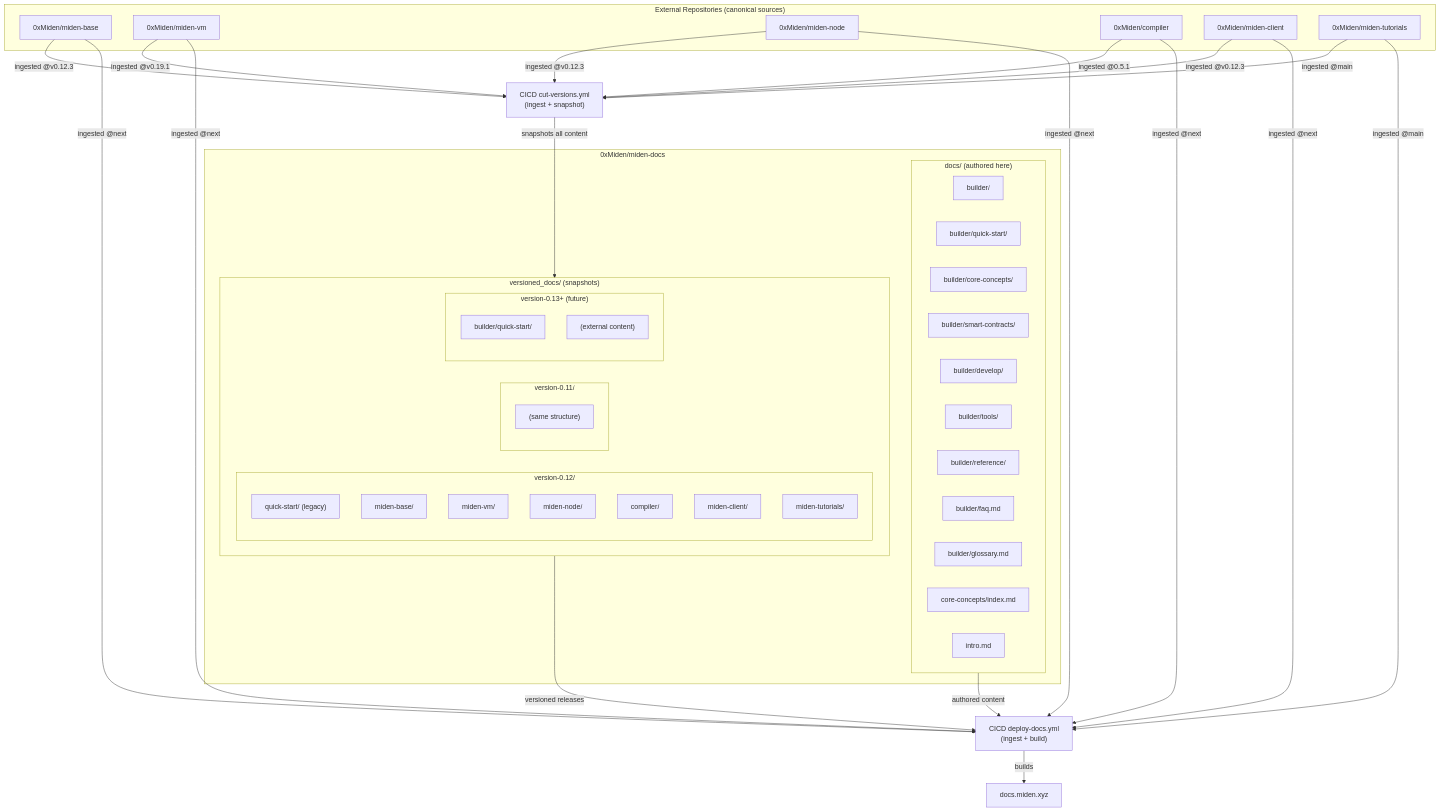
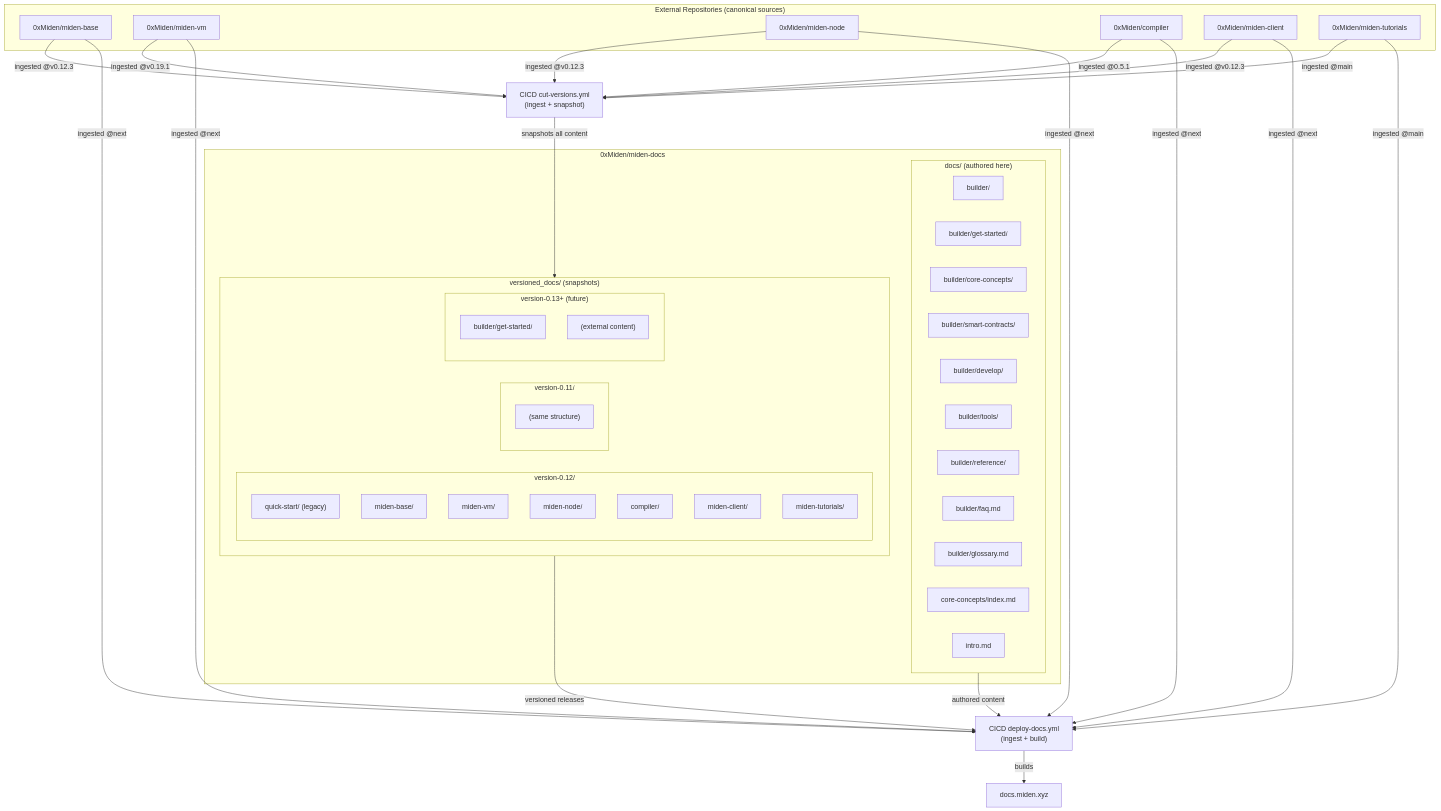
Before and after one commit to 0xMiden/miden-docs: the diagram in README.md, drawn with Mermaid. The commit also changed other lines of this file and 44 other files, not shown here.

Commit message:
docs: rename quick-start to get-started

````diff
--- a/README.md
+++ b/README.md
@@ -13,72 +13,72 @@
 ```mermaid
 flowchart TD
     subgraph ThisRepo["0xMiden/miden-docs"]
         subgraph DocsDir["docs/ (authored here)"]
             BuilderDir["builder/"]
-            BuilderQS["builder/quick-start/"]
+            BuilderQS["builder/get-started/"]
             BuilderCore["builder/core-concepts/"]
             BuilderSC["builder/smart-contracts/"]
             BuilderDev["builder/develop/"]
             BuilderTools["builder/tools/"]
             BuilderRef["builder/reference/"]
             BuilderFAQ["builder/faq.md"]
             BuilderGlossary["builder/glossary.md"]
             DesignLanding["core-concepts/index.md"]
             Intro["intro.md"]
         end
 
         subgraph VersionedDocs["versioned_docs/ (snapshots)"]
             subgraph V012["version-0.12/"]
                 V012QS["quick-start/ (legacy)"]
                 V012Base["miden-base/"]
                 V012VM["miden-vm/"]
                 V012Node["miden-node/"]
                 V012Compiler["compiler/"]
                 V012Client["miden-client/"]
                 V012Tutorials["miden-tutorials/"]
             end
             subgraph V011["version-0.11/"]
                 V011Content["(same structure)"]
             end
             subgraph VFuture["version-0.13+ (future)"]
-                VFutureBuilder["builder/quick-start/"]
+                VFutureBuilder["builder/get-started/"]
                 VFutureExternal["(external content)"]
             end
         end
     end
 
     subgraph ExternalRepos["External Repositories (canonical sources)"]
         MidenBase["0xMiden/miden-base"]
         MidenVM["0xMiden/miden-vm"]
         MidenNode["0xMiden/miden-node"]
         Compiler["0xMiden/compiler"]
         MidenClient["0xMiden/miden-client"]
         MidenTutorials["0xMiden/miden-tutorials"]
     end
 
     CutVersions["CICD cut-versions.yml<br/>(ingest + snapshot)"]
     DeployDocs["CICD deploy-docs.yml<br/>(ingest + build)"]
 
     %% External repos feed into both workflows
     MidenBase -->|"ingested @v0.12.3"| CutVersions
     MidenVM -->|"ingested @v0.19.1"| CutVersions
     MidenNode -->|"ingested @v0.12.3"| CutVersions
     Compiler -->|"ingested @0.5.1"| CutVersions
     MidenClient -->|"ingested @v0.12.3"| CutVersions
     MidenTutorials -->|"ingested @main"| CutVersions
 
     MidenBase -->|"ingested @next"| DeployDocs
     MidenVM -->|"ingested @next"| DeployDocs
     MidenNode -->|"ingested @next"| DeployDocs
     Compiler -->|"ingested @next"| DeployDocs
     MidenClient -->|"ingested @next"| DeployDocs
     MidenTutorials -->|"ingested @main"| DeployDocs
 
     CutVersions -->|"snapshots all content"| VersionedDocs
 
     %% Deploy workflow uses authored + ingested + versioned
     DocsDir -->|"authored content"| DeployDocs
     VersionedDocs -->|"versioned releases"| DeployDocs
 
     DeployDocs -->|"builds"| Site["docs.miden.xyz"]
 ```
````
